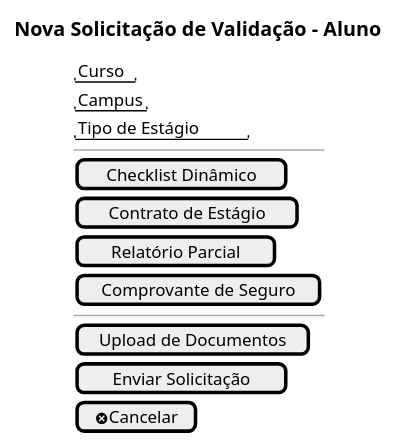
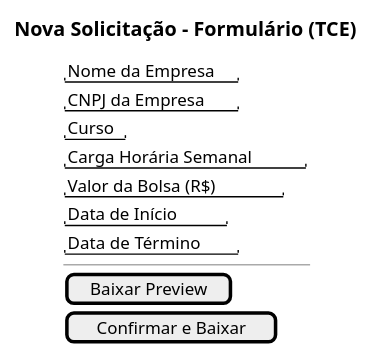
One commit to mgff01/back-end_vercel changed the fourth of 8 diagrams in mkdocs/Iniciacao/prototipo_baixa_fidelidade.md. Above: the diagram before and after it, drawn with PlantUML. The commit also changed other lines of this file, not shown here.

````diff
--- a/mkdocs/Iniciacao/prototipo_baixa_fidelidade.md
+++ b/mkdocs/Iniciacao/prototipo_baixa_fidelidade.md
@@ -99,20 +102,18 @@
 ```plantuml
 @startsalt
-title Nova Solicitação de Validação - Aluno
+title Nova Solicitação - Formulário (TCE)
 
 {
+  "Nome da Empresa"
+  "CNPJ da Empresa"
   "Curso"
-  "Campus"
-  "Tipo de Estágio"
+  "Carga Horária Semanal"
+  "Valor da Bolsa (R$)"
+  "Data de Início"
+  "Data de Término"
   --
-  [Checklist Dinâmico]
-  [Contrato de Estágio]
-  [Relatório Parcial]
-  [Comprovante de Seguro]
-  --
-  [Upload de Documentos]
-  [Enviar Solicitação]
-  [<&circle-x>Cancelar]
+  [Baixar Preview]
+  [Confirmar e Baixar]
 }
 @endsalt
 ```
````
